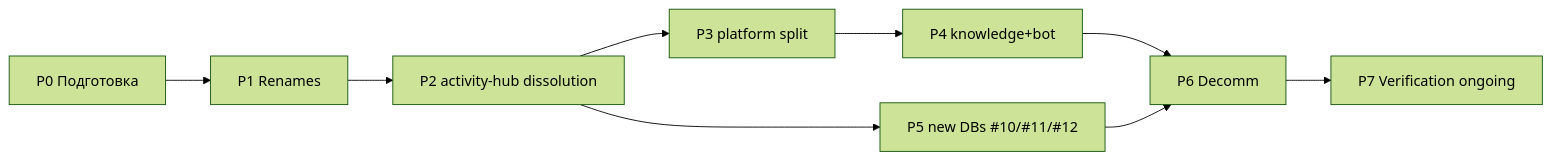
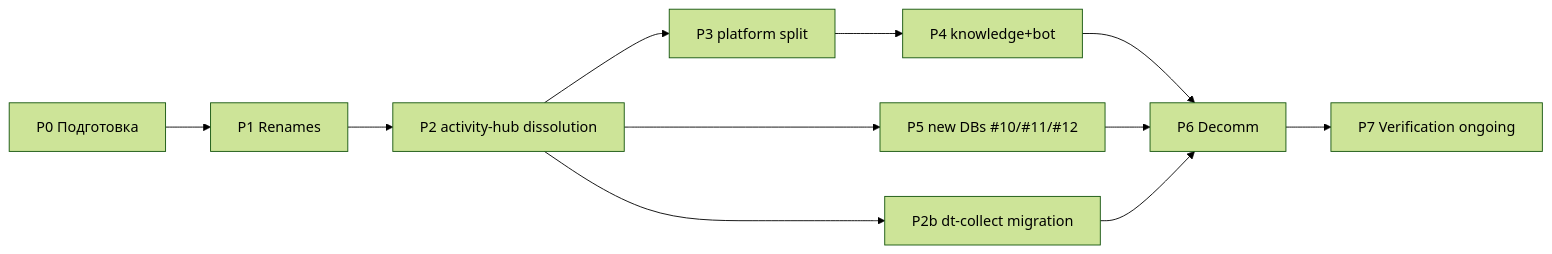
The diagram in pack/digital-platform/02-domain-entities/DP.ROADMAP.001-neon-migration.md (TserenTserenov/PACK-digital-platform), drawn with Mermaid (forest theme) before and after one commit. The commit also changed other lines of this file and 2 other files, not shown here.

First line of the commit message:
WP-253: +фаза P2b в DP.ROADMAP.001 — dt-collect миграция на event-gateway

````diff
--- a/pack/digital-platform/02-domain-entities/DP.ROADMAP.001-neon-migration.md
+++ b/pack/digital-platform/02-domain-entities/DP.ROADMAP.001-neon-migration.md
@@ -362,20 +419,23 @@
 ```mermaid
 flowchart LR
     P0[P0 Подготовка]
     P1[P1 Renames]
     P2[P2 activity-hub dissolution]
+    P2b[P2b dt-collect migration]
     P3[P3 platform split]
     P4[P4 knowledge+bot]
     P5[P5 new DBs #10/#11/#12]
     P6[P6 Decomm]
     P7[P7 Verification ongoing]
 
     P0 --> P1
     P1 --> P2
+    P2 --> P2b
     P2 --> P3
     P2 --> P5
     P3 --> P4
     P4 --> P6
     P5 --> P6
+    P2b --> P6
     P6 --> P7
 ```
````
